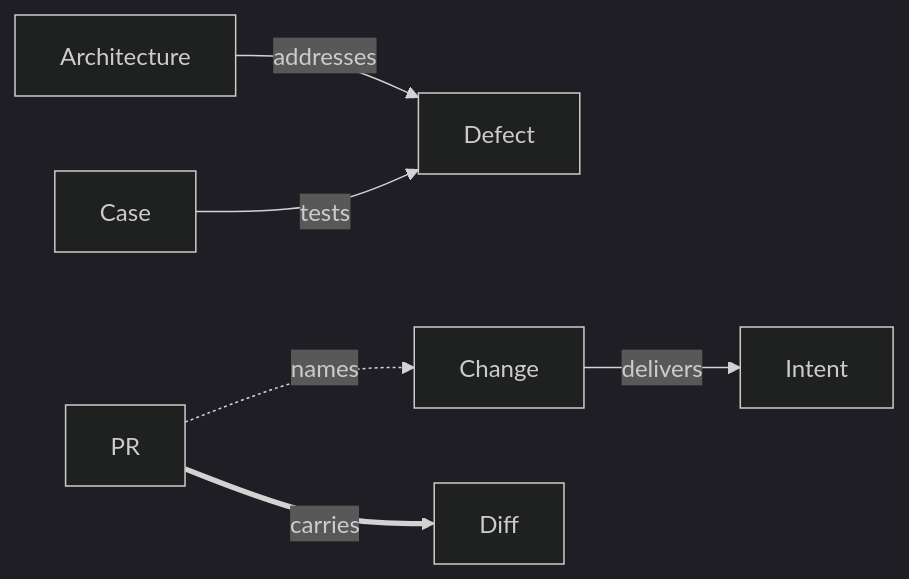
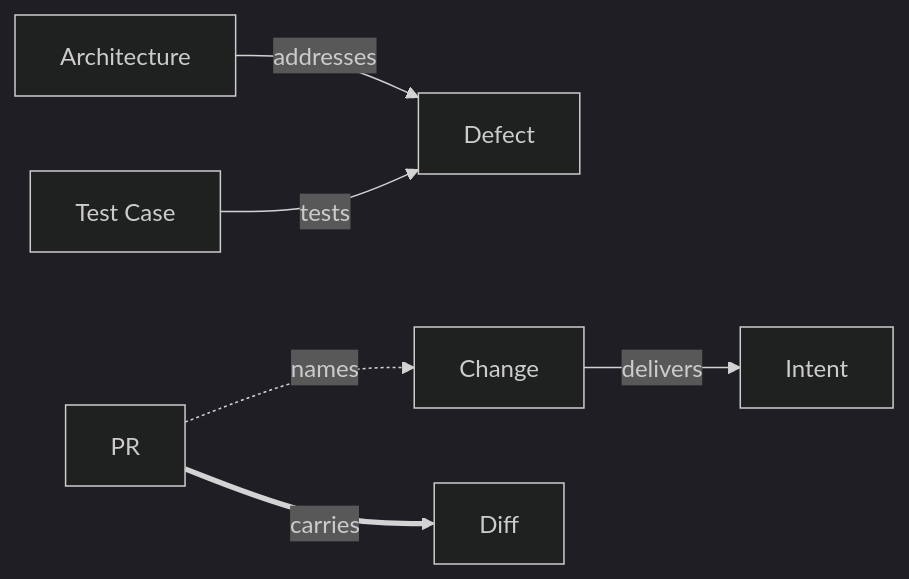
Before and after one commit to Kai-Hacks-AI/KAAL: the diagram in engineering/metamodel/views/hotfix.md, drawn with Mermaid (dark theme). The commit also changed other lines of this file and 10 other files, not shown here.

First line of the commit message:
DO: Test Case is the domain object name in the model, the diagrams and the views (release/C71)

````diff
--- a/engineering/metamodel/views/hotfix.md
+++ b/engineering/metamodel/views/hotfix.md
@@ -12,8 +12,8 @@
 ```mermaid
 flowchart LR
   Architecture -->|addresses| Defect
-  Case -->|tests| Defect
+  TestCase["Test Case"] -->|tests| Defect
   Change -->|delivers| Intent
   PR -.->|names| Change
   PR ==>|carries| Diff
 ```
````
